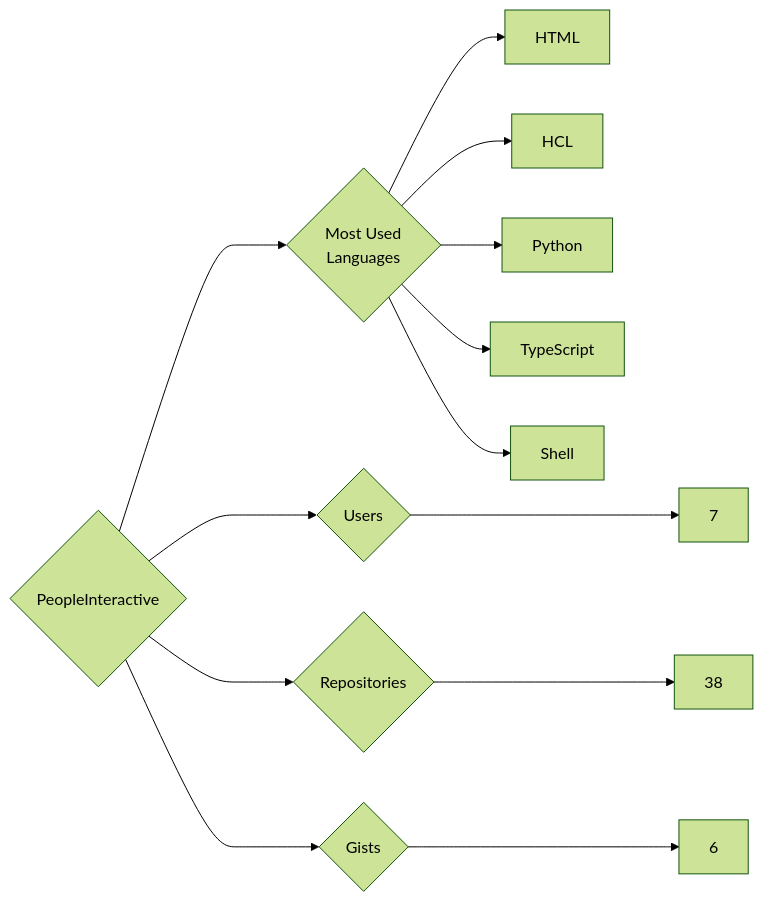
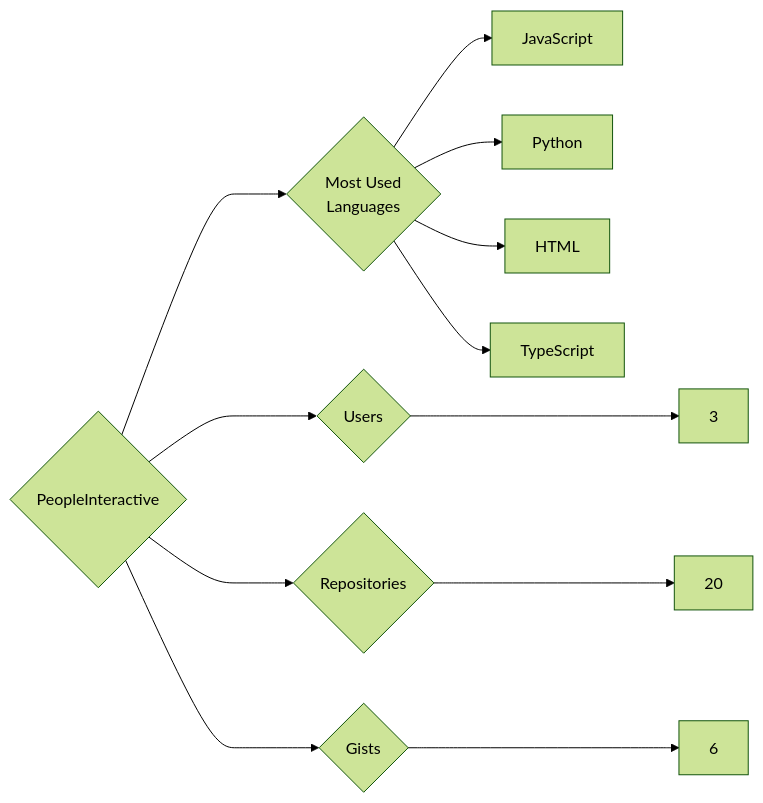
One commit to trickest/insiders changed the diagram in targets/PeopleInteractive/README.md. Above: the diagram before and after it, drawn with Mermaid (forest theme). The commit also changed 965 other files, not shown here.

````diff
--- a/targets/PeopleInteractive/README.md
+++ b/targets/PeopleInteractive/README.md
@@ -3,13 +3,12 @@
 ```mermaid
 graph LR
 COMPANY_NAME{PeopleInteractive}
-COMPANY_NAME ---> U{Users} ---> UN[7]
-COMPANY_NAME ---> R{Repositories} ---> RN[38]
+COMPANY_NAME ---> U{Users} ---> UN[3]
+COMPANY_NAME ---> R{Repositories} ---> RN[20]
 COMPANY_NAME ---> G{Gists} ---> GN[6]
 COMPANY_NAME ---> ML{Most Used<br>Languages}
+ML --> JavaScript[JavaScript]
+ML --> Python[Python]
 ML --> HTML[HTML]
-ML --> HCL[HCL]
-ML --> Python[Python]
 ML --> TypeScript[TypeScript]
-ML --> Shell[Shell]
 ```
````
